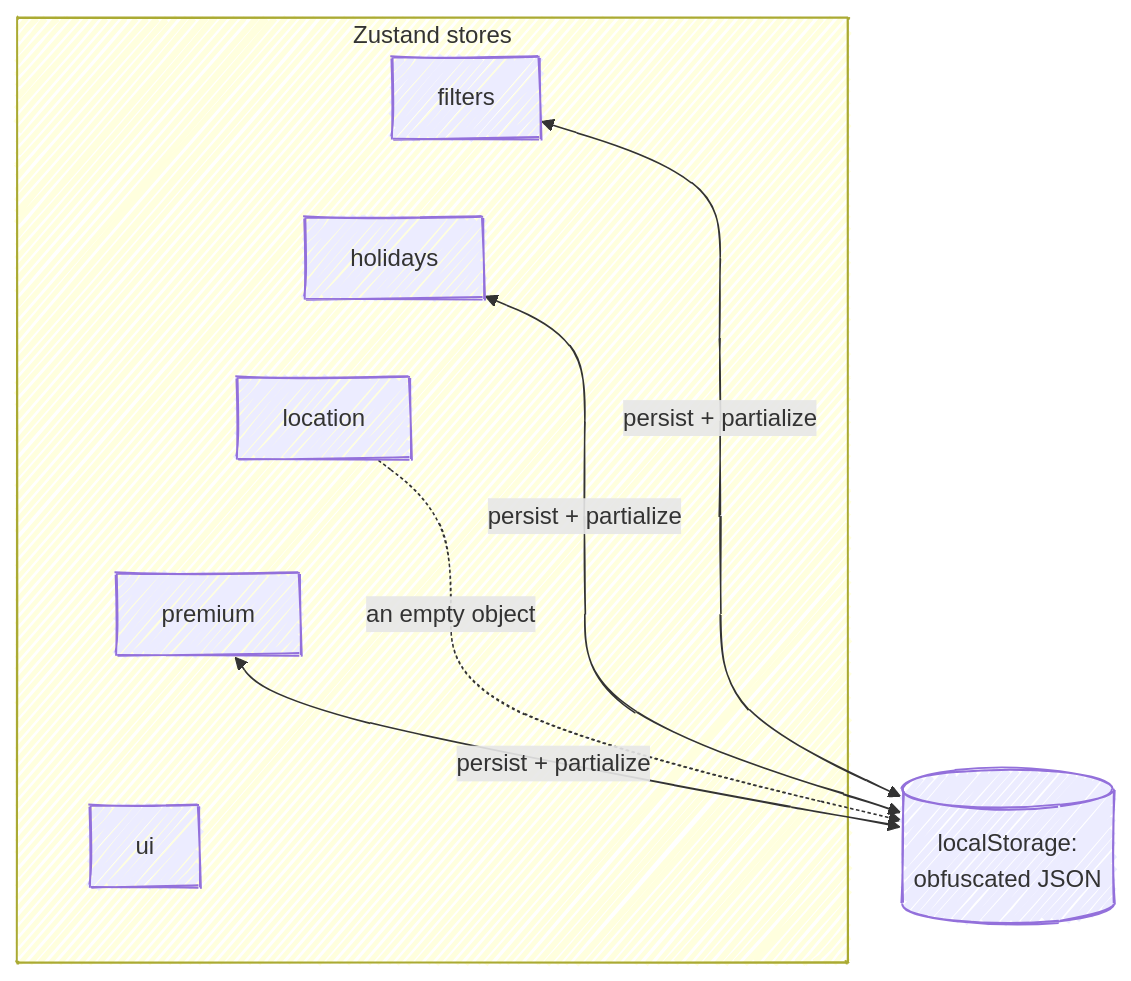
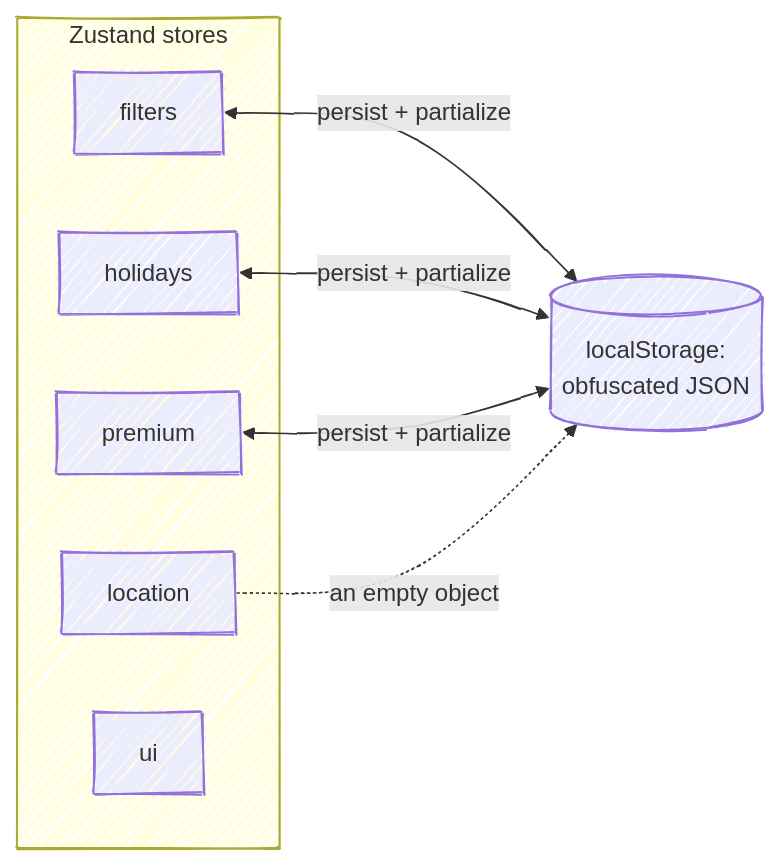
The first of 2 diagrams in apps/docs/src/content/docs/how-it-works/state-stores.mdx (fbuireu/forever-pto), drawn with Mermaid before and after one commit. The commit also changed other lines of this file and 26 other files, not shown here.

First line of the commit message:
docs(diagrams): fix split words, overlaps and oversized Mermaid diagrams

````diff
--- a/apps/docs/src/content/docs/how-it-works/state-stores.mdx
+++ b/apps/docs/src/content/docs/how-it-works/state-stores.mdx
@@ -9,19 +9,20 @@
 ```mermaid
 ---
 config:
   look: handDrawn
   layout: dagre
 ---
-flowchart TB
+flowchart LR
   subgraph stores [Zustand stores]
     F[filters]
     H[holidays]
     L[location]
     P[premium]
     U[ui]
-    F ~~~ H ~~~ L ~~~ P ~~~ U
   end
   LS[("localStorage:<br/>obfuscated JSON")]
-  F & H & P <-->|"persist + partialize"| LS
+  F <-->|"persist + partialize"| LS
+  H <-->|"persist + partialize"| LS
+  P <-->|"persist + partialize"| LS
   L -.->|"an empty object"| LS
 ```
````
